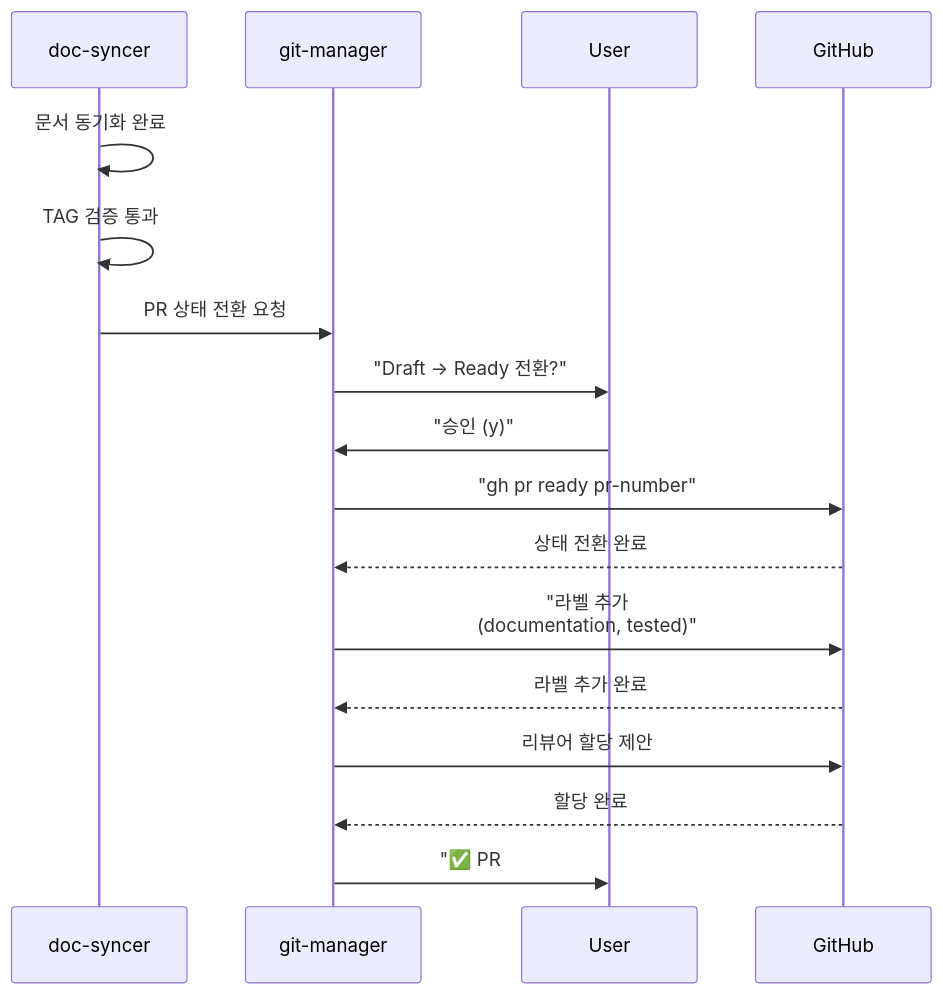
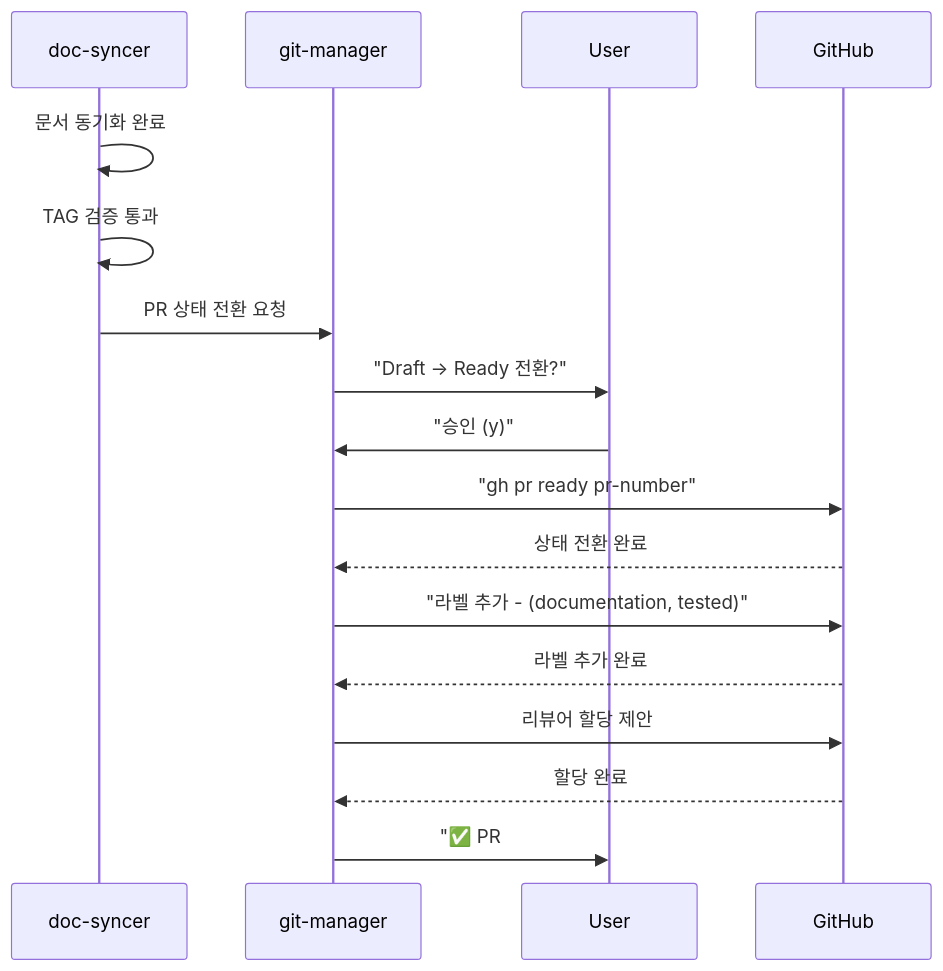
Before and after one commit to modu-ai/moai-adk: the fifth of 6 diagrams in docs/claude/agents/git-manager.md, drawn with Mermaid. The commit also changed other lines of this file and 447 other files, not shown here.

````diff
--- a/docs/claude/agents/git-manager.md
+++ b/docs/claude/agents/git-manager.md
@@ -346,26 +346,26 @@
 ```mermaid
 sequenceDiagram
     participant DS as doc-syncer
     participant GM as git-manager
     participant User
     participant GitHub
 
     DS->>DS: 문서 동기화 완료
     DS->>DS: TAG 검증 통과
 
     DS->>GM: PR 상태 전환 요청
     GM->>User: "Draft → Ready 전환?"
 
     User->>GM: "승인 (y)"
 
     GM->>GitHub: "gh pr ready pr-number"
     GitHub-->>GM: 상태 전환 완료
 
-    GM->>GitHub: "라벨 추가<br/>(documentation, tested)"
+    GM->>GitHub: "라벨 추가 - (documentation, tested)"
     GitHub-->>GM: 라벨 추가 완료
 
     GM->>GitHub: 리뷰어 할당 제안
     GitHub-->>GM: 할당 완료
 
     GM->>User: "✅ PR #45 Ready for Review"
 ```
````
